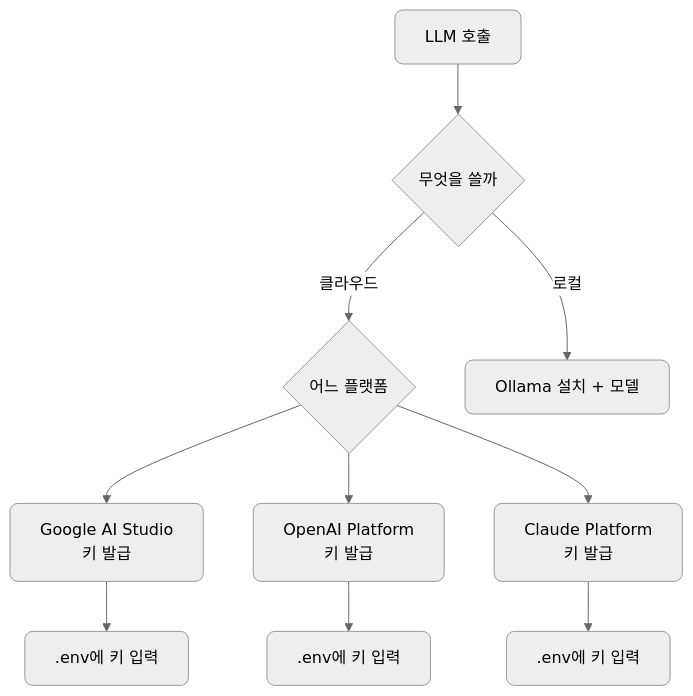
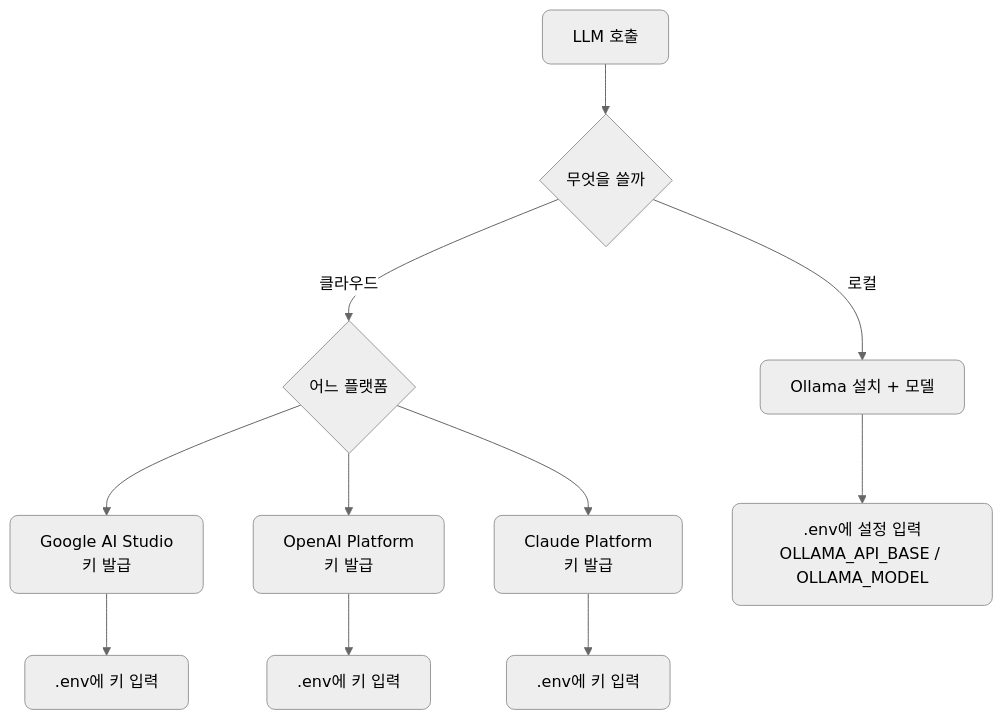
One commit to CodeCompose7/ai_service_engineering changed the third of 3 diagrams in docs/section1/lec01/README.md. Above: the diagram before and after it, drawn with Mermaid (neutral theme). The commit also changed other lines of this file, not shown here.

First line of the commit message:
lec01: Ollama 경로에도 .env 설정 단계 추가

````diff
--- a/docs/section1/lec01/README.md
+++ b/docs/section1/lec01/README.md
@@ -128,13 +128,14 @@
 ```mermaid
 flowchart TB
   START["LLM 호출"] --> Q{"무엇을 쓸까"}
   Q -->|"클라우드"| CL{"어느 플랫폼"}
   Q -->|"로컬"| L["Ollama 설치 + 모델"]
   CL --> G["Google AI Studio<br/>키 발급"]
   CL --> O["OpenAI Platform<br/>키 발급"]
   CL --> C["Claude Platform<br/>키 발급"]
   G --> GE[".env에 키 입력"]
   O --> OE[".env에 키 입력"]
   C --> CE[".env에 키 입력"]
+  L --> LE[".env에 설정 입력<br/>OLLAMA_API_BASE / OLLAMA_MODEL"]
   classDef default rx:8,ry:8;
 ```
````
